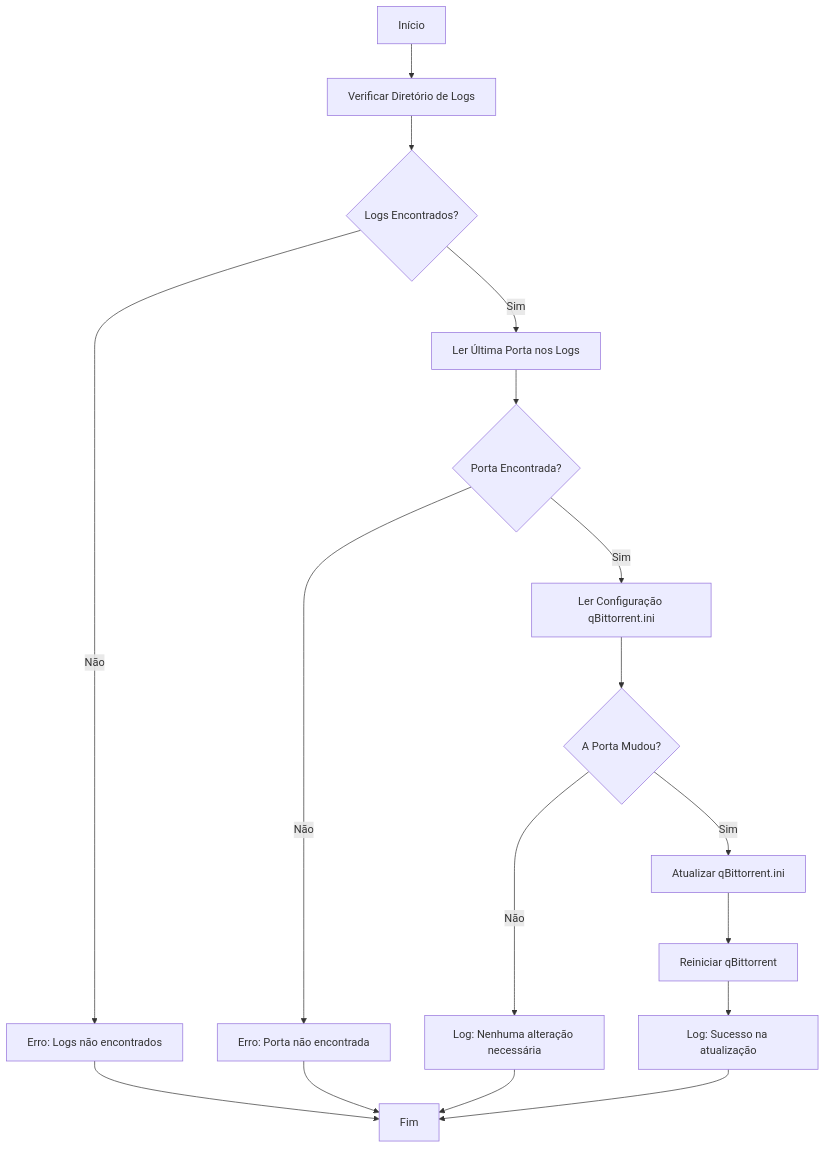
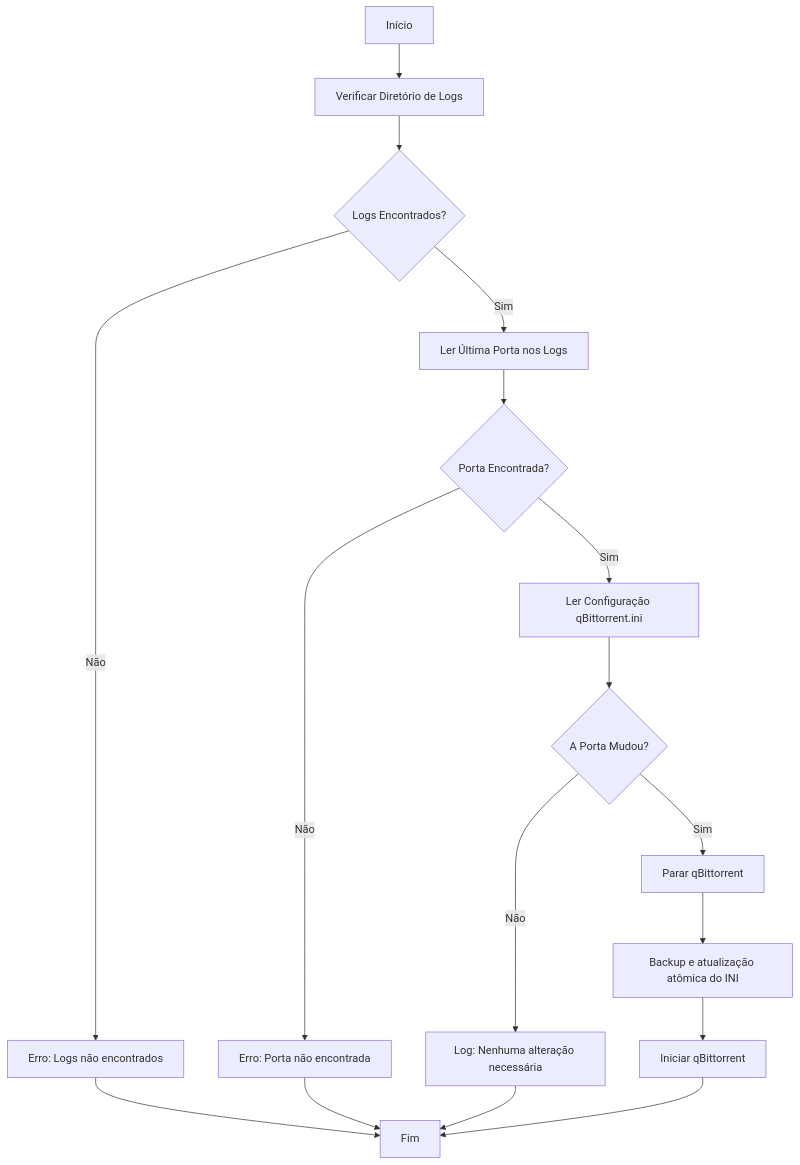
One commit to fullerhkz/proton-qbit-port-sync changed the diagram in README.md. Above: the diagram before and after it, drawn with Mermaid. The commit also changed other lines of this file and 6 other files, not shown here.

````diff
--- a/README.md
+++ b/README.md
@@ -23,19 +23,19 @@
 ```mermaid
 graph TD
     A[Início] --> B[Verificar Diretório de Logs]
     B --> C{Logs Encontrados?}
     C -- Não --> D[Erro: Logs não encontrados]
     C -- Sim --> E[Ler Última Porta nos Logs]
     E --> F{Porta Encontrada?}
     F -- Não --> G[Erro: Porta não encontrada]
     F -- Sim --> H[Ler Configuração qBittorrent.ini]
     H --> I{A Porta Mudou?}
     I -- Não --> J[Log: Nenhuma alteração necessária]
     J --> End[Fim]
-    I -- Sim --> K[Atualizar qBittorrent.ini]
-    K --> L[Reiniciar qBittorrent]
-    L --> M[Log: Sucesso na atualização]
+    I -- Sim --> K[Parar qBittorrent]
+    K --> L[Backup e atualização atômica do INI]
+    L --> M[Iniciar qBittorrent]
     M --> End
     D --> End
     G --> End
 ```
````
